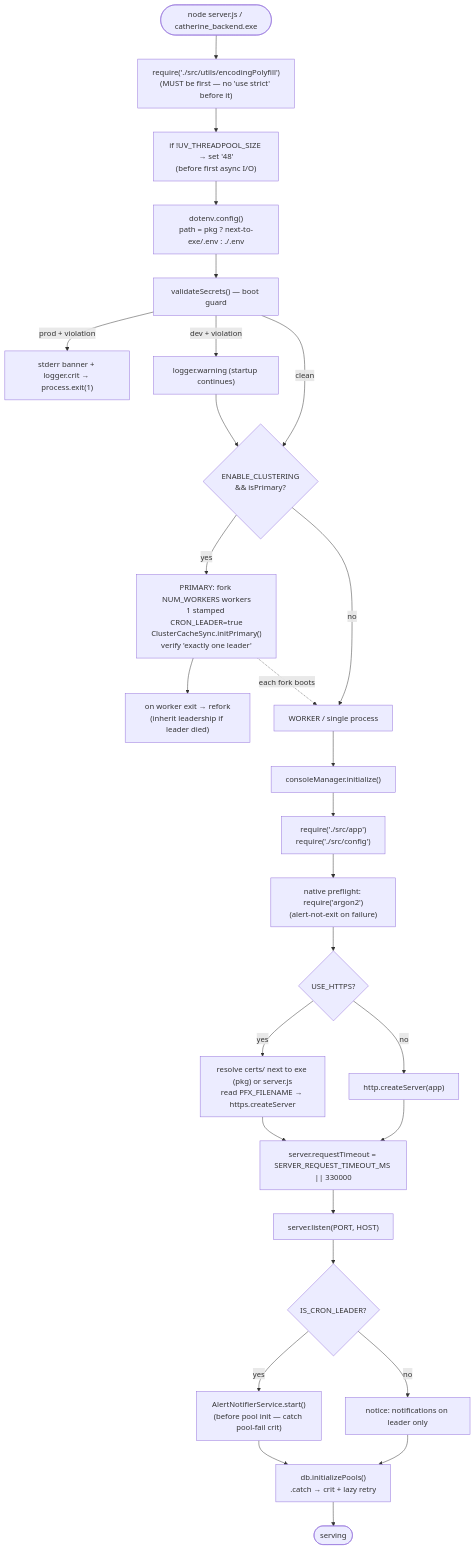
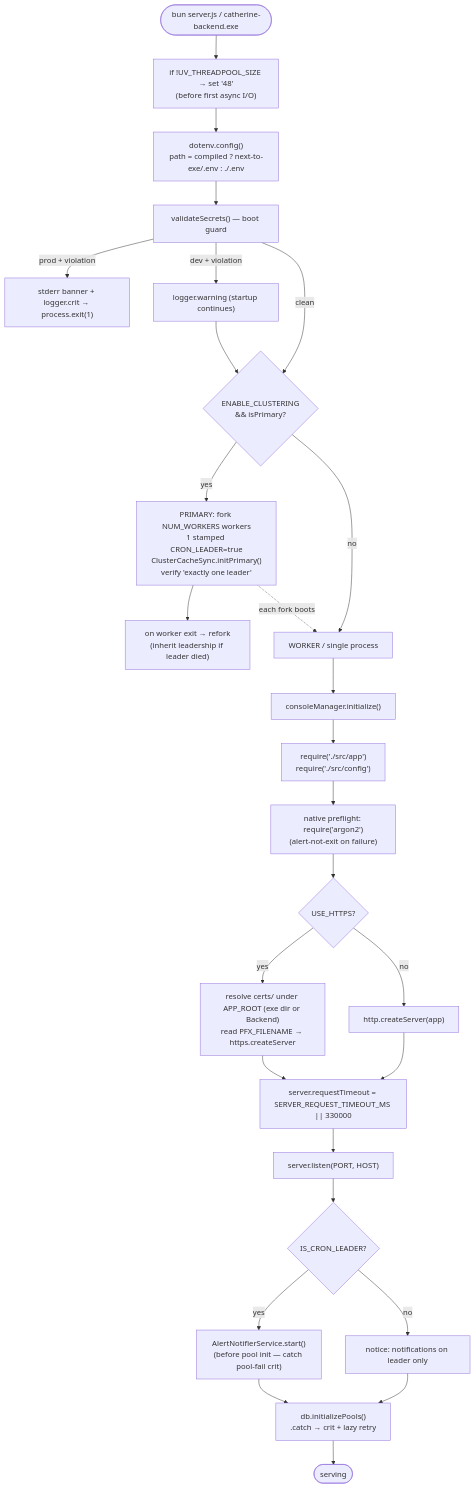
One commit to Jm-Paunlagui/CATHERINE changed the first of 2 diagrams in docs/features/boot-config-and-build.md. Above: the diagram before and after it, drawn with Mermaid. The commit also changed other lines of this file and 64 other files, not shown here.

First line of the commit message:
build: run backend and frontend fully on Bun (1.0.0-dev.51)

````diff
--- a/docs/features/boot-config-and-build.md
+++ b/docs/features/boot-config-and-build.md
@@ -30,33 +28,32 @@
 ```mermaid
 flowchart TD
-    start(["node server.js / catherine_backend.exe"]) --> poly["require('./src/utils/encodingPolyfill')<br/>(MUST be first — no 'use strict' before it)"]
-    poly --> uv["if !UV_THREADPOOL_SIZE → set '48'<br/>(before first async I/O)"]
-    uv --> env["dotenv.config()<br/>path = pkg ? next-to-exe/.env : ./.env"]
+    start(["bun server.js / catherine-backend.exe"]) --> uv["if !UV_THREADPOOL_SIZE → set '48'<br/>(before first async I/O)"]
+    uv --> env["dotenv.config()<br/>path = compiled ? next-to-exe/.env : ./.env"]
     env --> guard["validateSecrets() — boot guard"]
     guard -->|"prod + violation"| exit1["stderr banner + logger.crit → process.exit(1)"]
     guard -->|"dev + violation"| warn["logger.warning (startup continues)"]
     guard -->|"clean"| clusterQ{"ENABLE_CLUSTERING<br/>&& isPrimary?"}
     warn --> clusterQ
 
     clusterQ -->|"yes"| primary["PRIMARY: fork NUM_WORKERS workers<br/>1 stamped CRON_LEADER=true<br/>ClusterCacheSync.initPrimary()<br/>verify 'exactly one leader'"]
     primary --> respawn["on worker exit → refork<br/>(inherit leadership if leader died)"]
 
     clusterQ -->|"no"| worker["WORKER / single process"]
     primary -.->|"each fork boots"| worker
 
     worker --> console["consoleManager.initialize()"]
     console --> reqapp["require('./src/app')<br/>require('./src/config')"]
     reqapp --> preflight["native preflight: require('argon2')<br/>(alert-not-exit on failure)"]
     preflight --> httpsQ{"USE_HTTPS?"}
-    httpsQ -->|"yes"| pfx["resolve certs/ next to exe (pkg) or server.js<br/>read PFX_FILENAME → https.createServer"]
+    httpsQ -->|"yes"| pfx["resolve certs/ under APP_ROOT (exe dir or Backend)<br/>read PFX_FILENAME → https.createServer"]
     httpsQ -->|"no"| http["http.createServer(app)"]
     pfx --> timeout["server.requestTimeout = SERVER_REQUEST_TIMEOUT_MS || 330000"]
     http --> timeout
     timeout --> listen["server.listen(PORT, HOST)"]
     listen --> leaderQ{"IS_CRON_LEADER?"}
     leaderQ -->|"yes"| notifier["AlertNotifierService.start()<br/>(before pool init — catch pool-fail crit)"]
     leaderQ -->|"no"| skip["notice: notifications on leader only"]
     notifier --> pools["db.initializePools()<br/>.catch → crit + lazy retry"]
     skip --> pools
     pools --> ready(["serving"])
 ```
````
